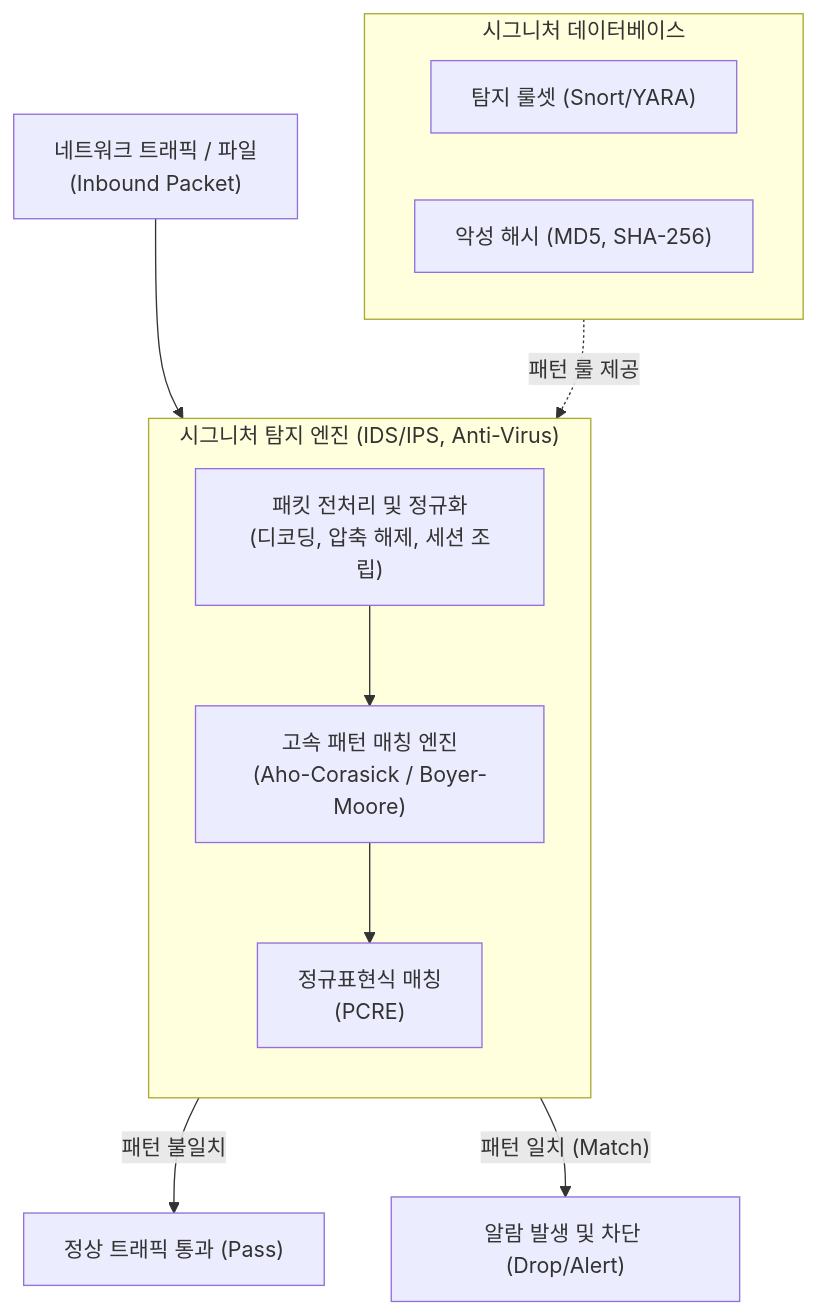
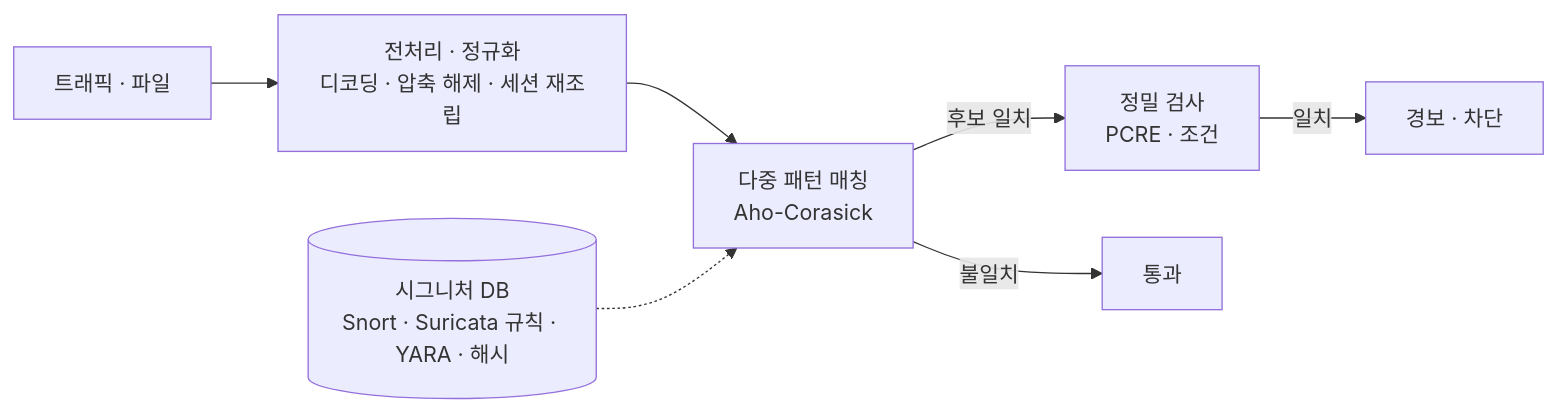
The diagram in content/01_IT Tech/시그니처 탐지기법.md (supremethumb/supremethumb.github.io), drawn with Mermaid before and after one commit. The commit also changed other lines of this file and 1087 other files, not shown here.

````diff
--- a/content/01_IT Tech/시그니처 탐지기법.md
+++ b/content/01_IT Tech/시그니처 탐지기법.md
@@ -27,26 +37,9 @@
 ```mermaid
-flowchart TB
-    Input["네트워크 트래픽 / 파일<br/>(Inbound Packet)"]
-    
-    subgraph Detection_Engine ["시그니처 탐지 엔진 (IDS/IPS, Anti-Virus)"]
-        direction TB
-        Preprocessor["패킷 전처리 및 정규화<br/>(디코딩, 압축 해제, 세션 조립)"]
-        Match_Engine["고속 패턴 매칭 엔진<br/>(Aho-Corasick / Boyer-Moore)"]
-        Regex["정규표현식 매칭<br/>(PCRE)"]
-        
-        Preprocessor --> Match_Engine
-        Match_Engine --> Regex
-    end
-    
-    subgraph Signature_DB ["시그니처 데이터베이스"]
-        Rules["탐지 룰셋 (Snort/YARA)"]
-        Hash["악성 해시 (MD5, SHA-256)"]
-    end
-    
-    Signature_DB -. "패턴 룰 제공" .-> Match_Engine
-    Input --> Preprocessor
-    
-    Match_Engine -- "패턴 불일치" --> Pass["정상 트래픽 통과 (Pass)"]
-    Regex -- "패턴 일치 (Match)" --> Alert["알람 발생 및 차단 (Drop/Alert)"]
-
+flowchart LR
+    IN["트래픽 · 파일"] --> PRE["전처리 · 정규화<br/>디코딩 · 압축 해제 · 세션 재조립"]
+    PRE --> MT["다중 패턴 매칭<br/>Aho-Corasick"]
+    DB[("시그니처 DB<br/>Snort · Suricata 규칙 · YARA · 해시")] -.-> MT
+    MT -->|"후보 일치"| RX["정밀 검사<br/>PCRE · 조건"]
+    MT -->|"불일치"| OK["통과"]
+    RX -->|"일치"| AL["경보 · 차단"]
 ```
````
